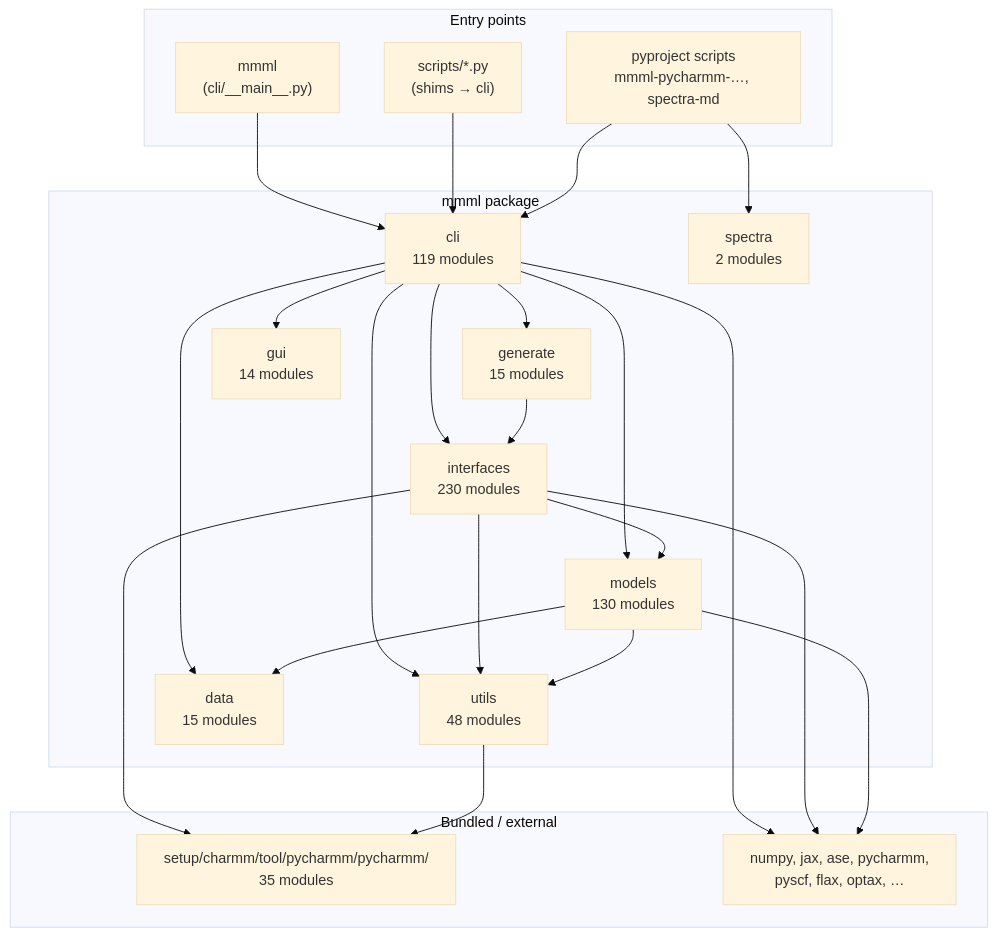
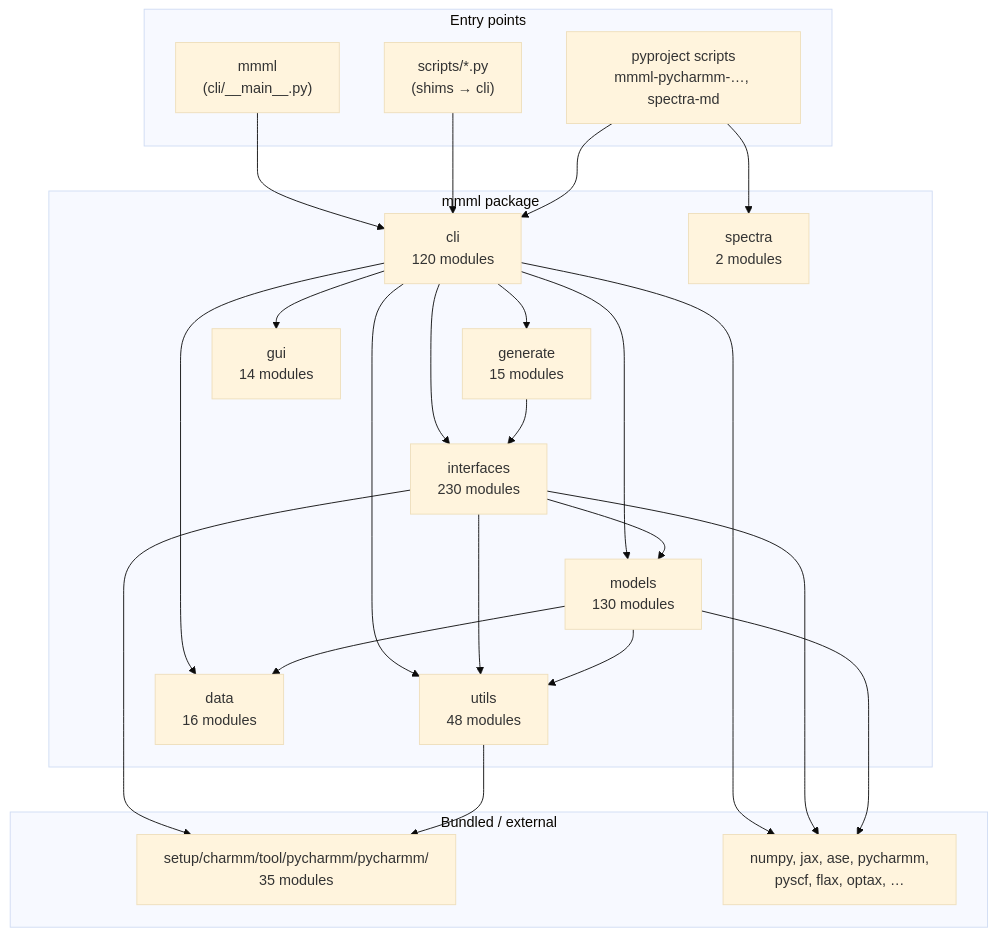
The first of 8 diagrams in docs/package-architecture.md (EricBoittier/mmml), drawn with Mermaid (base theme) before and after one commit. The commit also changed other lines of this file and 9 other files, not shown here.

````diff
--- a/docs/package-architecture.md
+++ b/docs/package-architecture.md
@@ -13,48 +13,48 @@
 ```mermaid
 flowchart TB
   subgraph entry["Entry points"]
     MMML["mmml\n(cli/__main__.py)"]
     SCRIPTS["scripts/*.py\n(shims → cli)"]
     PKG["pyproject scripts\nmmml-pycharmm-…, spectra-md"]
   end
 
   subgraph mmml_pkg["mmml package"]
-    CLI["cli\n119 modules"]
+    CLI["cli\n120 modules"]
     IFACE["interfaces\n230 modules"]
     MODELS["models\n130 modules"]
     UTILS["utils\n48 modules"]
-    DATA["data\n15 modules"]
+    DATA["data\n16 modules"]
     GEN["generate\n15 modules"]
     GUI["gui\n14 modules"]
     SPEC["spectra\n2 modules"]
   end
 
   subgraph vendor["Bundled / external"]
     PYCH["setup/charmm/tool/pycharmm/pycharmm/\n35 modules"]
     EXT["numpy, jax, ase, pycharmm,\npyscf, flax, optax, …"]
   end
 
   MMML --> CLI
   SCRIPTS --> CLI
   PKG --> CLI
   PKG --> SPEC
 
   CLI --> IFACE
   CLI --> MODELS
   CLI --> DATA
   CLI --> UTILS
   CLI --> GEN
   CLI --> GUI
 
   IFACE --> MODELS
   IFACE --> UTILS
   IFACE --> PYCH
   MODELS --> UTILS
   MODELS --> DATA
   UTILS --> PYCH
   GEN --> IFACE
 
   CLI --> EXT
   IFACE --> EXT
   MODELS --> EXT
 ```
````
